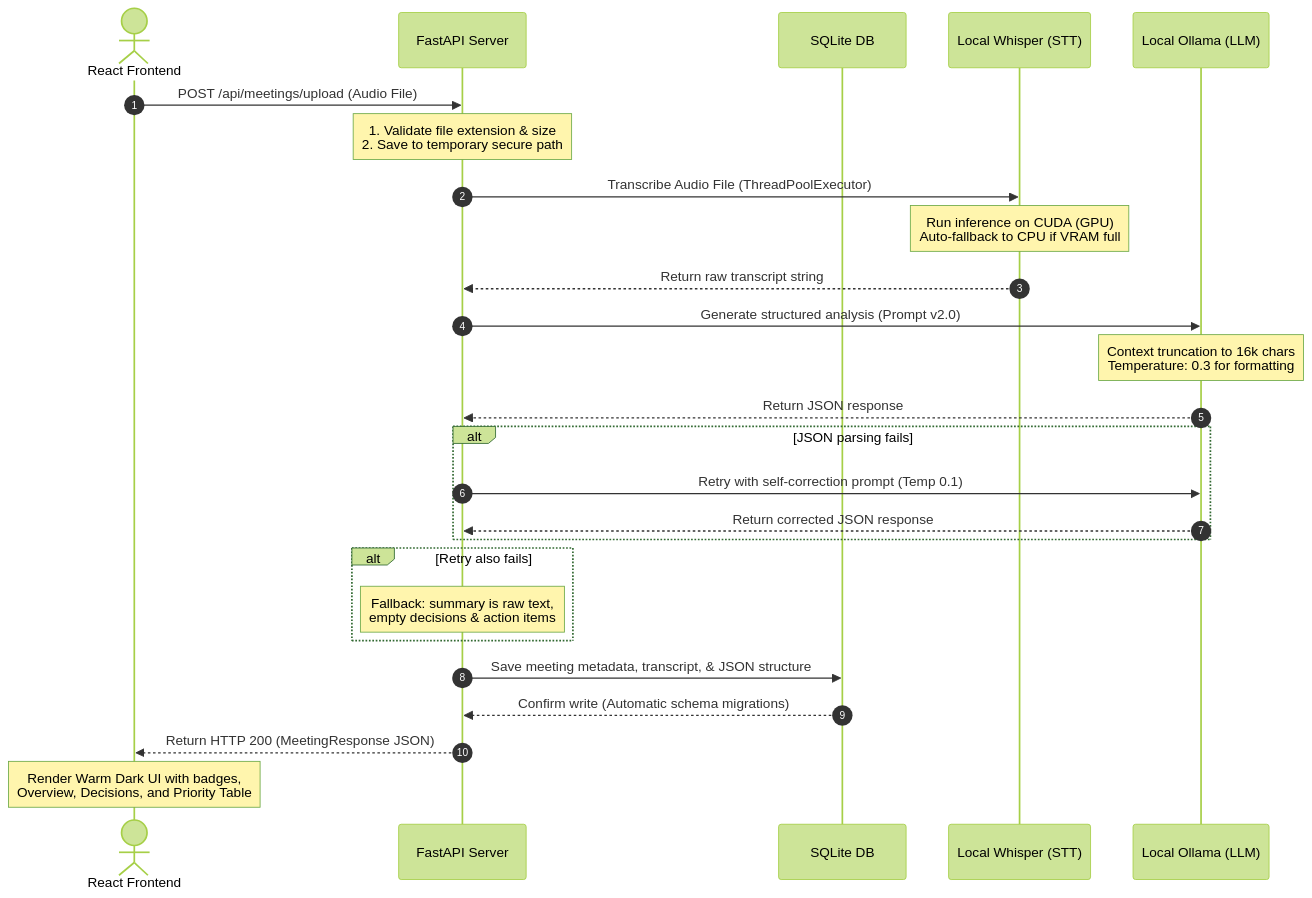
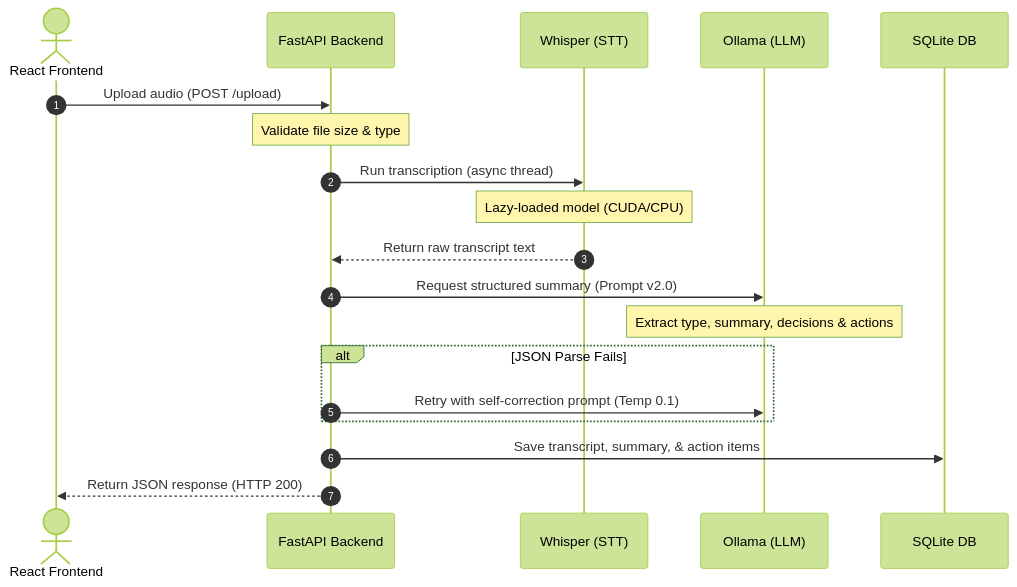
One commit to Arnav9923386924/Unthinkable_Sol changed the diagram in README.md. Above: the diagram before and after it, drawn with Mermaid (forest theme).

Commit message:
Fix Mermaid diagram formatting to prevent overlaps on GitHub

````diff
--- a/README.md
+++ b/README.md
@@ -23,34 +23,22 @@
 ```mermaid
 sequenceDiagram
     autonumber
-    actor User as React Frontend
-    participant Server as FastAPI Server
+    actor Client as React Frontend
+    participant API as FastAPI Backend
+    participant Whisper as Whisper (STT)
+    participant Ollama as Ollama (LLM)
     participant DB as SQLite DB
-    participant Whisper as Local Whisper (STT)
-    participant Ollama as Local Ollama (LLM)
 
-    User->>Server: POST /api/meetings/upload (Audio File)
-    Note over Server: 1. Validate file extension & size<br/>2. Save to temporary secure path
-    
-    Server->>Whisper: Transcribe Audio File (ThreadPoolExecutor)
-    Note over Whisper: Run inference on CUDA (GPU)<br/>Auto-fallback to CPU if VRAM full
-    Whisper-->>Server: Return raw transcript string
-    
-    Server->>Ollama: Generate structured analysis (Prompt v2.0)
-    Note over Ollama: Context truncation to 16k chars<br/>Temperature: 0.3 for formatting
-    Ollama-->>Server: Return JSON response
-    
-    alt JSON parsing fails
-        Server->>Ollama: Retry with self-correction prompt (Temp 0.1)
-        Ollama-->>Server: Return corrected JSON response
+    Client->>API: Upload audio (POST /upload)
+    Note over API: Validate file size & type
+    API->>Whisper: Run transcription (async thread)
+    Note over Whisper: Lazy-loaded model (CUDA/CPU)
+    Whisper-->>API: Return raw transcript text
+    API->>Ollama: Request structured summary (Prompt v2.0)
+    Note over Ollama: Extract type, summary, decisions & actions
+    alt JSON Parse Fails
+        API->>Ollama: Retry with self-correction prompt (Temp 0.1)
     end
-    
-    alt Retry also fails
-        Note over Server: Fallback: summary is raw text,<br/>empty decisions & action items
-    end
-
-    Server->>DB: Save meeting metadata, transcript, & JSON structure
-    DB-->>Server: Confirm write (Automatic schema migrations)
-    Server-->>User: Return HTTP 200 (MeetingResponse JSON)
-    Note over User: Render Warm Dark UI with badges,<br/>Overview, Decisions, and Priority Table
+    API->>DB: Save transcript, summary, & action items
+    API-->>Client: Return JSON response (HTTP 200)
 ```
````
